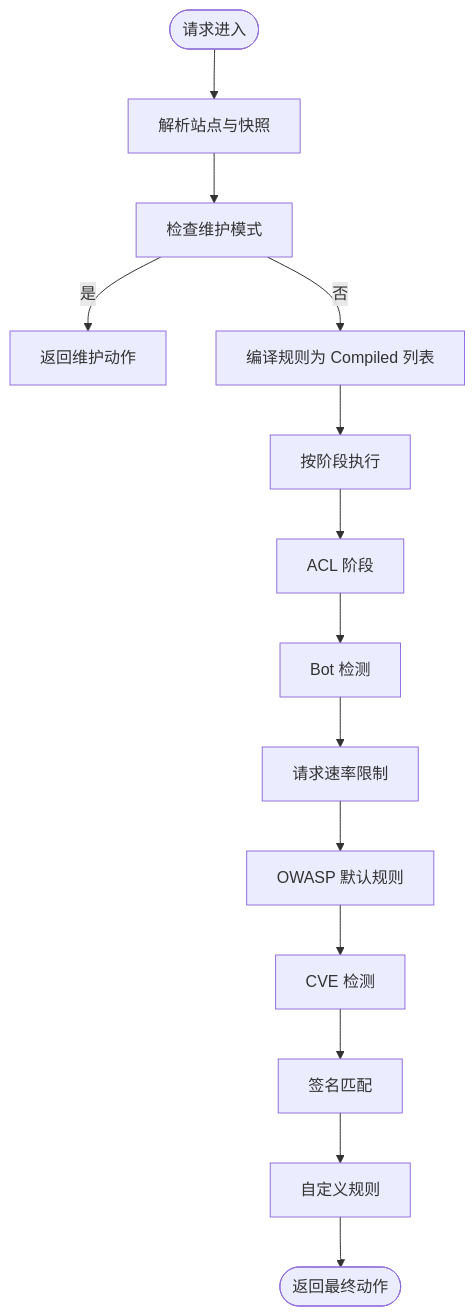
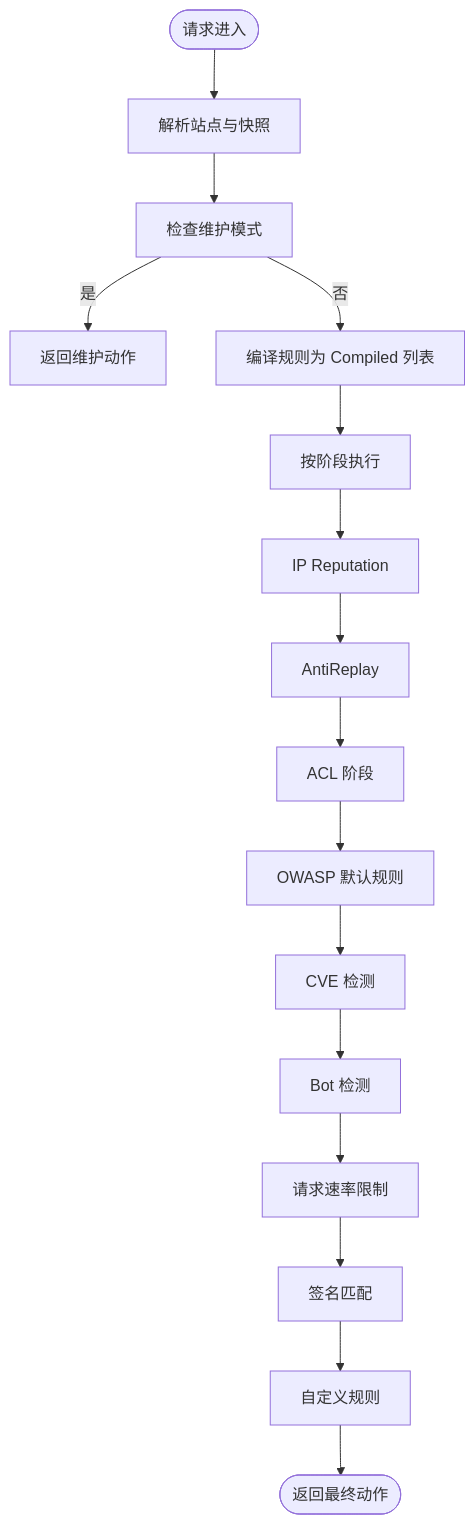
One commit to x01n/My-OpenWaf changed the fifth of 9 diagrams in docs/管理 API 系统/规则管理 API/规则管理 API.md. Above: the diagram before and after it, drawn with Mermaid. The commit also changed other lines of this file and 354 other files, not shown here.

````diff
--- a/docs/管理 API 系统/规则管理 API/规则管理 API.md
+++ b/docs/管理 API 系统/规则管理 API/规则管理 API.md
@@ -252,16 +252,18 @@
 ```mermaid
 flowchart TD
 Start(["请求进入"]) --> Resolve["解析站点与快照"]
 Resolve --> CheckMaint["检查维护模式"]
 CheckMaint --> |是| ReturnMaint["返回维护动作"]
 CheckMaint --> |否| Compile["编译规则为 Compiled 列表"]
 Compile --> Phases["按阶段执行"]
-Phases --> ACL["ACL 阶段"]
-ACL --> Bot["Bot 检测"]
+Phases --> IPRep["IP Reputation"]
+IPRep --> AntiReplay["AntiReplay"]
+AntiReplay --> ACL["ACL 阶段"]
+ACL --> OWASP["OWASP 默认规则"]
+OWASP --> CVE["CVE 检测"]
+CVE --> Bot["Bot 检测"]
 Bot --> Rate["请求速率限制"]
-Rate --> OWASP["OWASP 默认规则"]
-OWASP --> CVE["CVE 检测"]
-CVE --> Sign["签名匹配"]
+Rate --> Sign["签名匹配"]
 Sign --> Custom["自定义规则"]
 Custom --> Done(["返回最终动作"])
 ```
````
